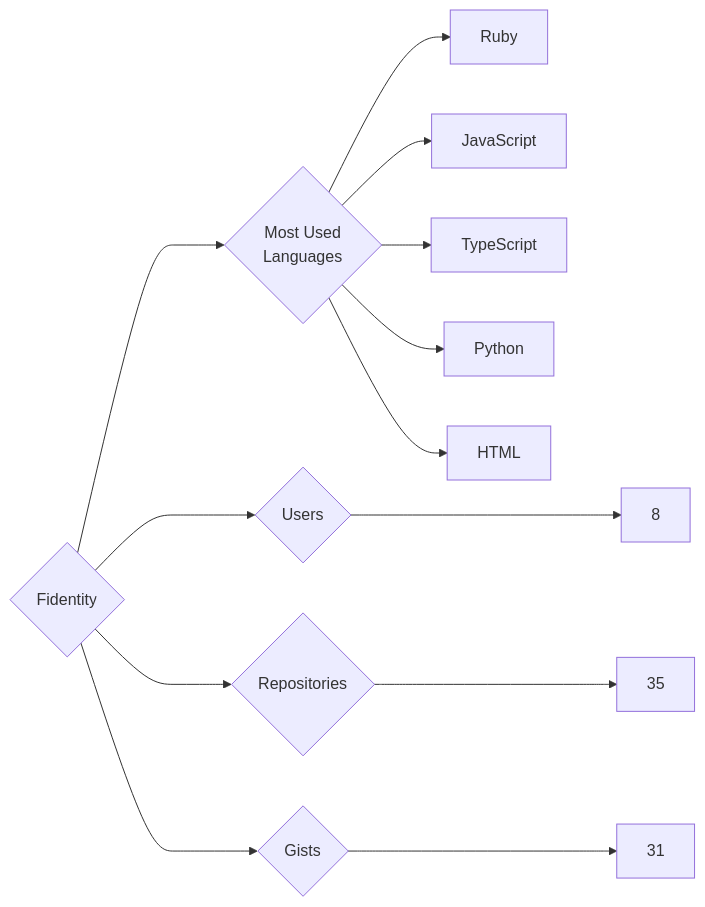
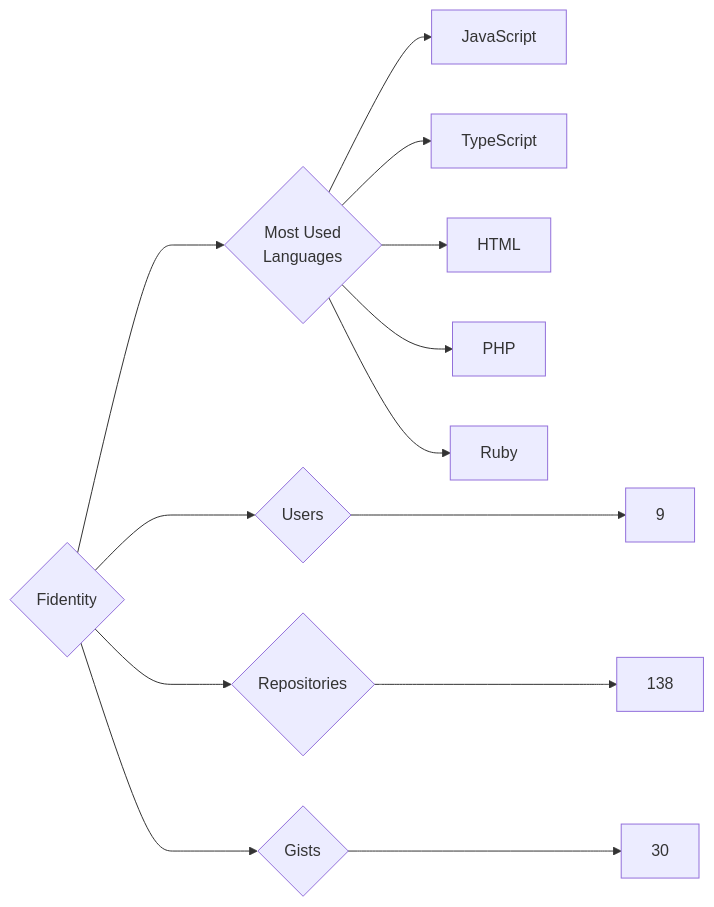
One commit to trickest/insiders changed the diagram in targets/Fidentity/README.md. Above: the diagram before and after it, drawn with Mermaid. The commit also changed 1120 other files, not shown here.

````diff
--- a/targets/Fidentity/README.md
+++ b/targets/Fidentity/README.md
@@ -3,13 +3,13 @@
 ```mermaid
 graph LR
 COMPANY_NAME{Fidentity}
-COMPANY_NAME ---> U{Users} ---> UN[8]
-COMPANY_NAME ---> R{Repositories} ---> RN[35]
-COMPANY_NAME ---> G{Gists} ---> GN[31]
+COMPANY_NAME ---> U{Users} ---> UN[9]
+COMPANY_NAME ---> R{Repositories} ---> RN[138]
+COMPANY_NAME ---> G{Gists} ---> GN[30]
 COMPANY_NAME ---> ML{Most Used<br>Languages}
-ML --> Ruby[Ruby]
 ML --> JavaScript[JavaScript]
 ML --> TypeScript[TypeScript]
-ML --> Python[Python]
 ML --> HTML[HTML]
+ML --> PHP[PHP]
+ML --> Ruby[Ruby]
 ```
````
